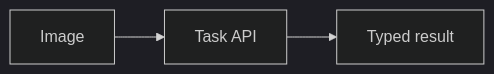
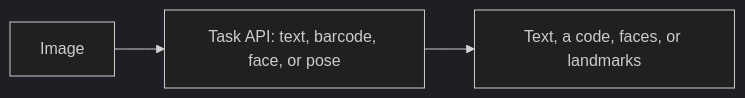
Before and after one commit to mohamedmabrouk582/Android-Ai-Lab: the diagram in lab-mlkit-tasks/README.md, drawn with Mermaid (dark theme). The commit also changed other lines of this file and 41 other files, not shown here.

````diff
--- a/lab-mlkit-tasks/README.md
+++ b/lab-mlkit-tasks/README.md
@@ -13,4 +29,5 @@
 ```mermaid
 flowchart LR
-  n0["Image"] --> n1["Task API"] --> n2["Typed result"]
+  image["Image"] --> task["Task API: text, barcode, face, or pose"]
+  task --> typed["Text, a code, faces, or landmarks"]
 ```
````
